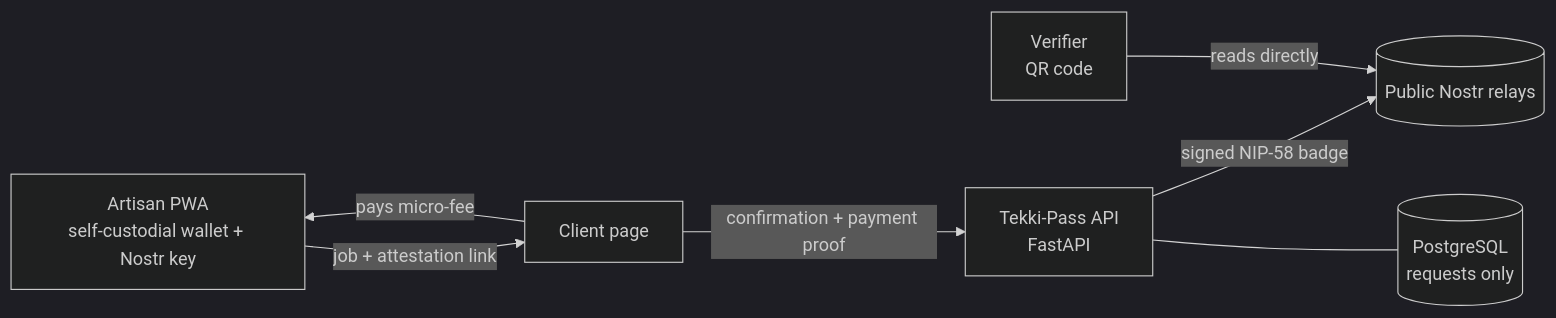
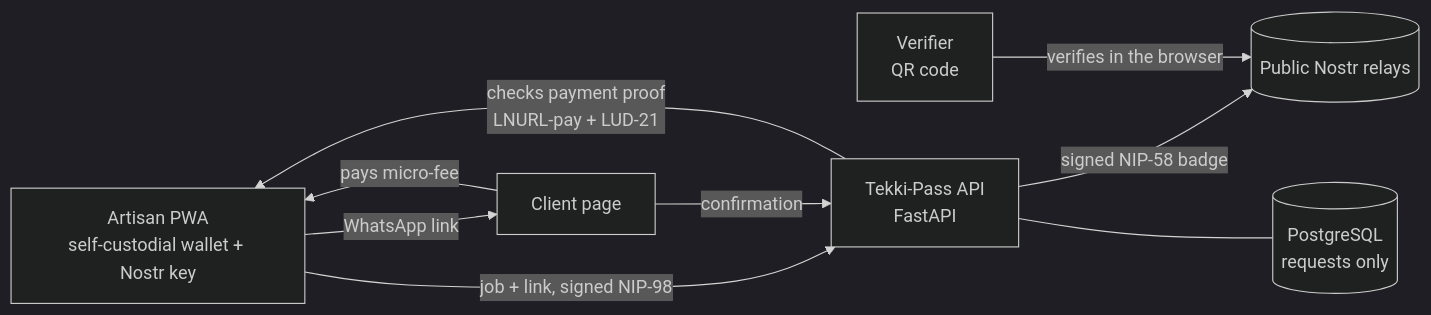
Before and after one commit to NdeyePendaSarr/Tekki-Pass: the diagram in README.md, drawn with Mermaid (dark theme). The commit also changed other lines of this file and 1 other file, not shown here.

````diff
--- a/README.md
+++ b/README.md
@@ -48,9 +53,11 @@
 ```mermaid
 flowchart LR
-  A[Artisan PWA<br/>self-custodial wallet + Nostr key] -- job + attestation link --> C[Client page]
+  A[Artisan PWA<br/>self-custodial wallet + Nostr key] -- job + link, signed NIP-98 --> API[Tekki-Pass API<br/>FastAPI]
+  A -- WhatsApp link --> C[Client page]
   C -- pays micro-fee --> A
-  C -- confirmation + payment proof --> API[Tekki-Pass API<br/>FastAPI]
+  C -- confirmation --> API
+  API -- checks payment proof<br/>LNURL-pay + LUD-21 --> A
   API -- signed NIP-58 badge --> R[(Public Nostr relays)]
-  V[Verifier<br/>QR code] -- reads directly --> R
+  V[Verifier<br/>QR code] -- verifies in the browser --> R
   API --- DB[(PostgreSQL<br/>requests only)]
 ```
````
